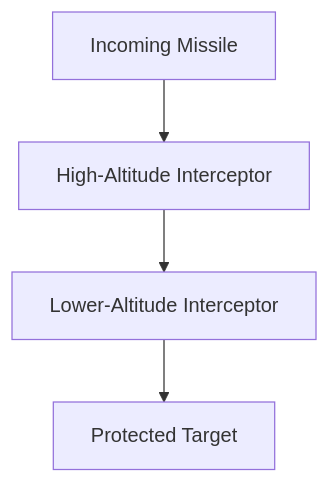
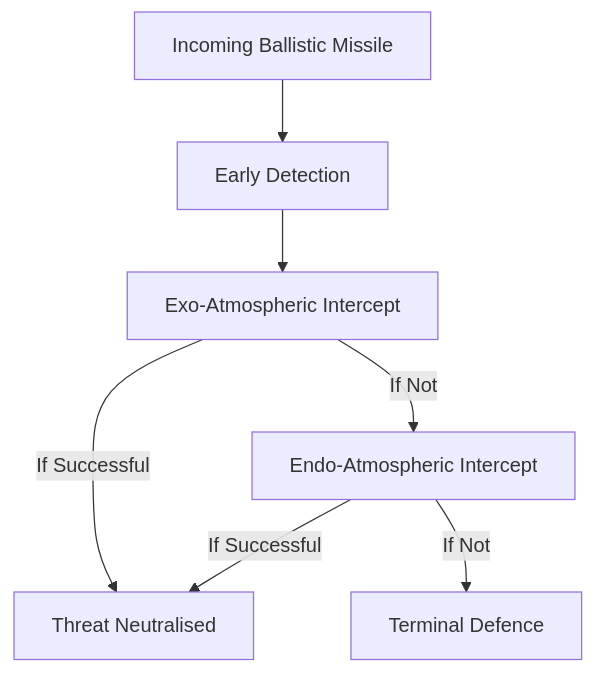
One commit to abhijitxroy/india changed the seventh of 8 diagrams in 05-security/01-defence/strategic/ballistic-missile-defence.md. Above: the diagram before and after it, drawn with Mermaid. The commit also changed other lines of this file and 12 other files, not shown here.

````diff
--- a/05-security/01-defence/strategic/ballistic-missile-defence.md
+++ b/05-security/01-defence/strategic/ballistic-missile-defence.md
@@ -150,8 +423,11 @@
 ```mermaid
 flowchart TD
-    Threat[Incoming Missile]
+    Incoming[Incoming Ballistic Missile]
 
-    Threat --> PAD[High-Altitude Interceptor]
-    PAD --> AAD[Lower-Altitude Interceptor]
-    AAD --> Protected[Protected Target]
+    Incoming --> Early[Early Detection]
+    Early --> Exo[Exo-Atmospheric Intercept]
+    Exo -->|If Successful| Stop[Threat Neutralised]
+    Exo -->|If Not| Endo[Endo-Atmospheric Intercept]
+    Endo -->|If Successful| Stop
+    Endo -->|If Not| Terminal[Terminal Defence]
 ```
````
